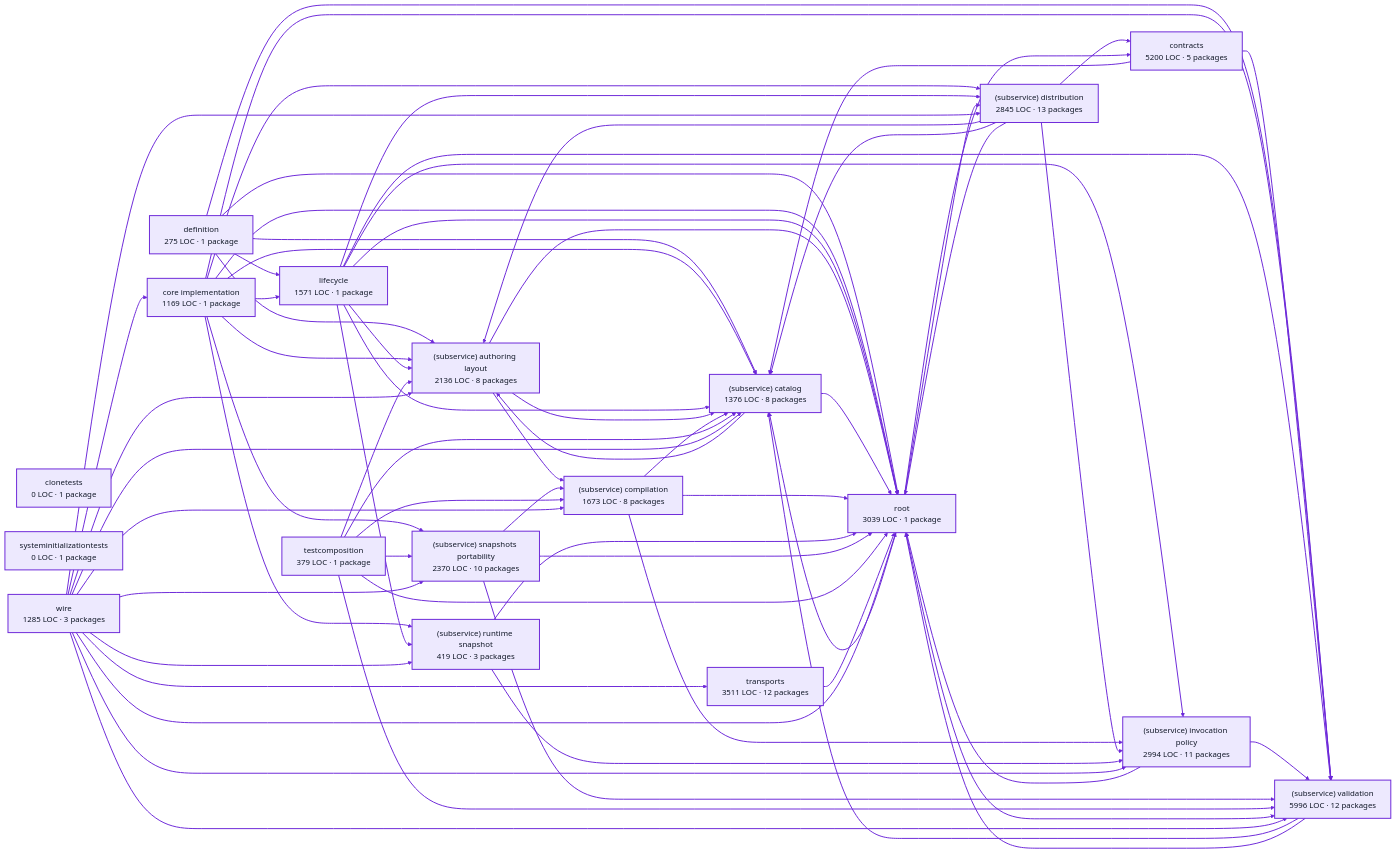
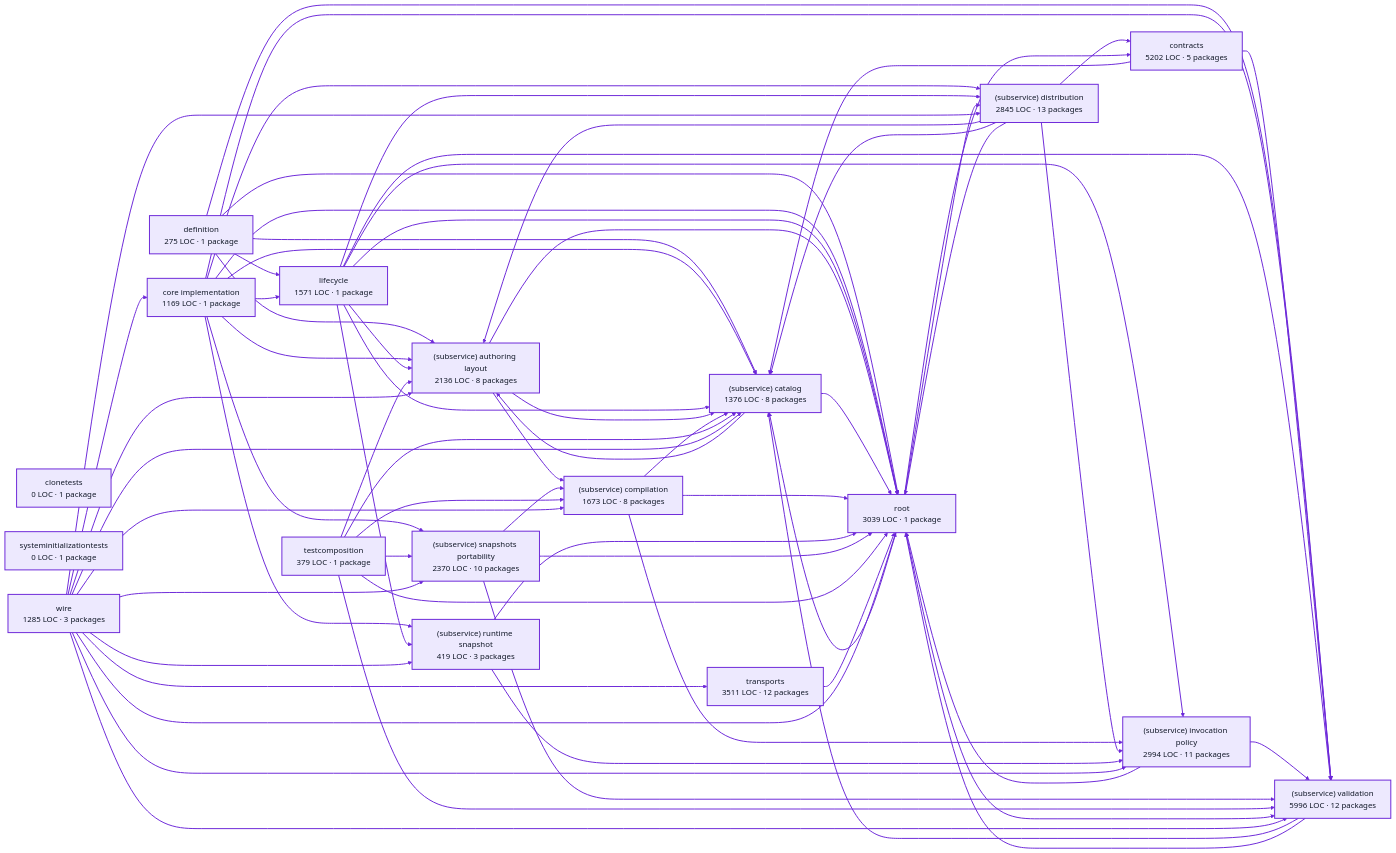
Before and after one commit to portpowered/you-agent-factory: the diagram in docs/architecture/visualizations/services/factory_definitions.md, drawn with Mermaid. The commit also changed other lines of this file and 20 other files, not shown here.

Commit message:
docs: refresh backend architecture visualizations

```diff
--- a/docs/architecture/visualizations/services/factory_definitions.md
+++ b/docs/architecture/visualizations/services/factory_definitions.md
@@ -13,7 +13,7 @@
   p0["clonetests<br/>0 LOC · 1 package"]
   p1["definition<br/>275 LOC · 1 package"]
   p2["core implementation<br/>1169 LOC · 1 package"]
-  p3["contracts<br/>5200 LOC · 5 packages"]
+  p3["contracts<br/>5202 LOC · 5 packages"]
   p4["lifecycle<br/>1571 LOC · 1 package"]
   p5["(subservice) authoring layout<br/>2136 LOC · 8 packages"]
   p6["(subservice) catalog<br/>1376 LOC · 8 packages"]
```
